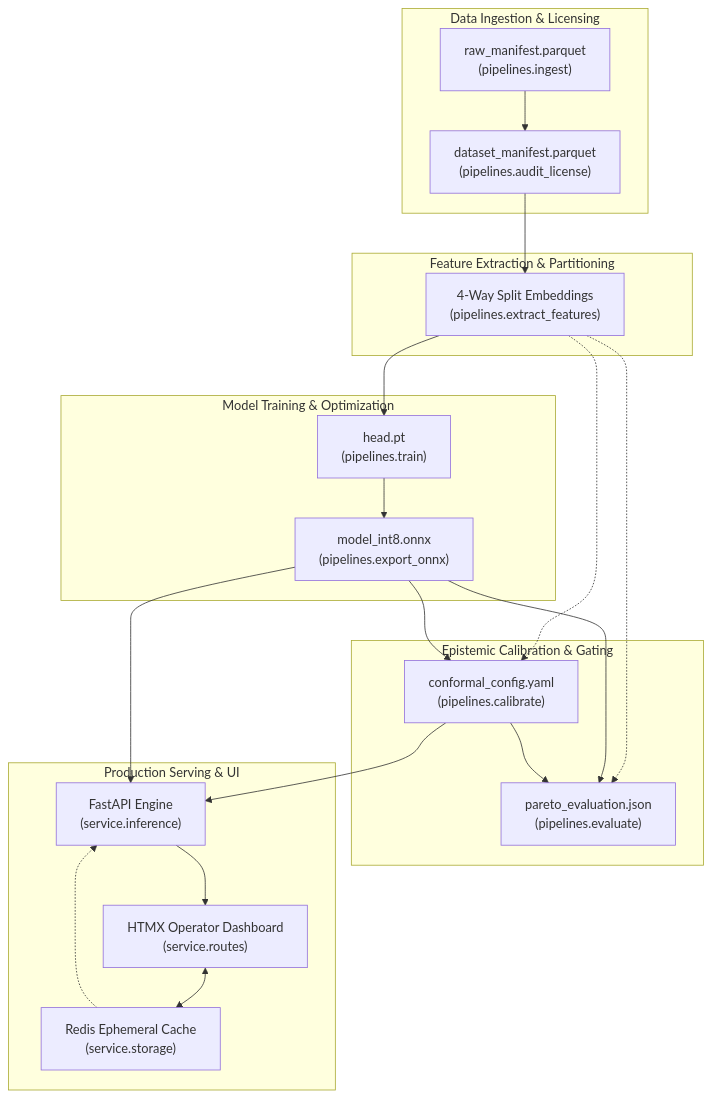
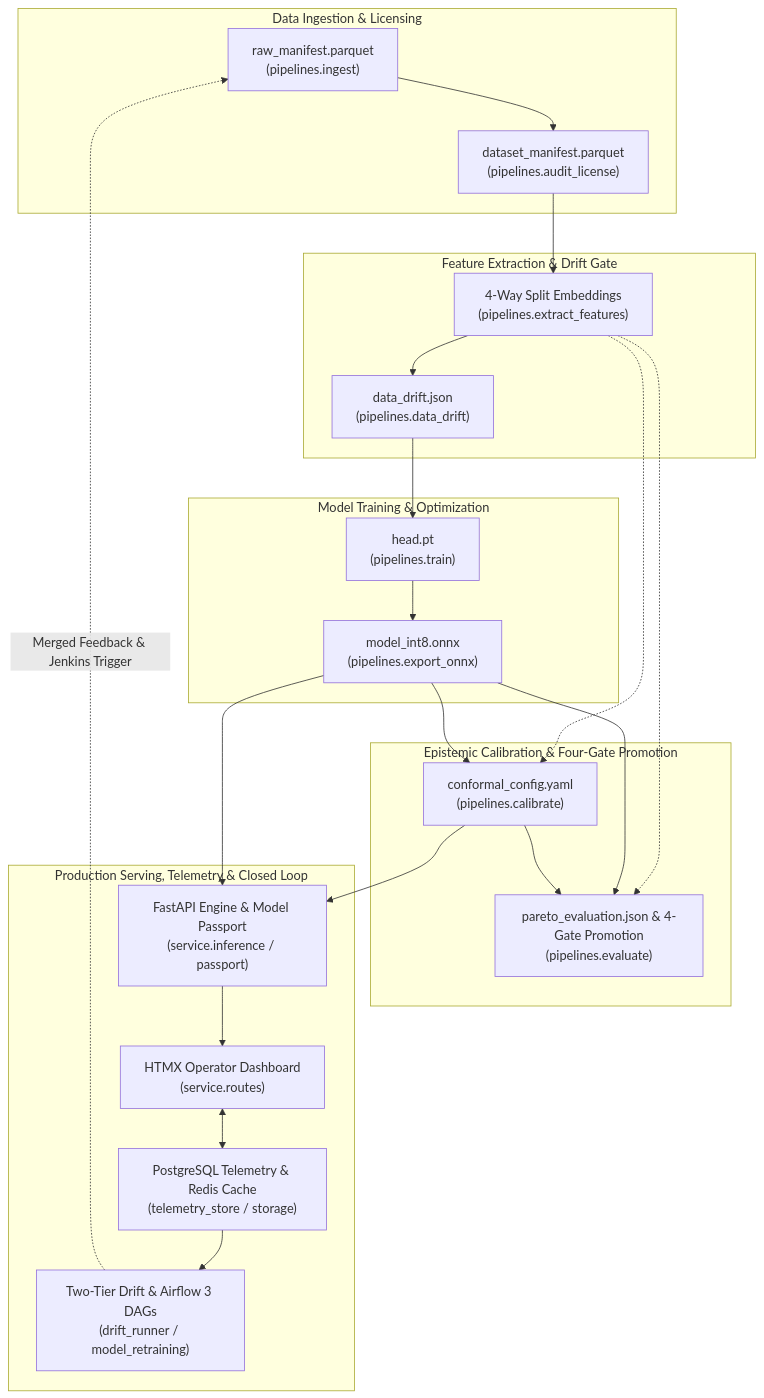
The diagram in docs/index.md (foersben/taxon-vision-mlops), drawn with Mermaid before and after one commit. The commit also changed other lines of this file and 26 other files, not shown here.

Commit message:
docs(zensical): document closed-loop MLOps, MLflow 3, drift orchestration, security, and staging

````diff
--- a/docs/index.md
+++ b/docs/index.md
@@ -56,42 +56,46 @@
 ```mermaid
 flowchart TD
     subgraph S1["Data Ingestion & Licensing"]
         A["raw_manifest.parquet<br/>(pipelines.ingest)"] --> B["dataset_manifest.parquet<br/>(pipelines.audit_license)"]
     end
 
-    subgraph S2["Feature Extraction & Partitioning"]
+    subgraph S2["Feature Extraction & Drift Gate"]
         B --> C["4-Way Split Embeddings<br/>(pipelines.extract_features)"]
+        C --> DD["data_drift.json<br/>(pipelines.data_drift)"]
     end
 
     subgraph S3["Model Training & Optimization"]
-        C --> D["head.pt<br/>(pipelines.train)"]
+        DD --> D["head.pt<br/>(pipelines.train)"]
         D --> E["model_int8.onnx<br/>(pipelines.export_onnx)"]
     end
 
-    subgraph S4["Epistemic Calibration & Gating"]
+    subgraph S4["Epistemic Calibration & Four-Gate Promotion"]
         C -.-> F["conformal_config.yaml<br/>(pipelines.calibrate)"]
         E --> F
-        C -.-> G["pareto_evaluation.json<br/>(pipelines.evaluate)"]
+        C -.-> G["pareto_evaluation.json & 4-Gate Promotion<br/>(pipelines.evaluate)"]
         E --> G
         F --> G
     end
 
-    subgraph S5["Production Serving & UI"]
-        E --> H["FastAPI Engine<br/>(service.inference)"]
+    subgraph S5["Production Serving, Telemetry & Closed Loop"]
+        E --> H["FastAPI Engine & Model Passport<br/>(service.inference / passport)"]
         F --> H
         H --> I["HTMX Operator Dashboard<br/>(service.routes)"]
-        I <--> R["Redis Ephemeral Cache<br/>(service.storage)"]
-        R -.-> H
+        I <--> R["PostgreSQL Telemetry & Redis Cache<br/>(telemetry_store / storage)"]
+        R --> J["Two-Tier Drift & Airflow 3 DAGs<br/>(drift_runner / model_retraining)"]
+        J -.->|Merged Feedback & Jenkins Trigger| A
     end
 
     click A "mlops_pipeline/ingestion_and_versioning/" "Read Ingestion Pipeline Docs"
     click B "foundations/taxonomy_and_darwincore/" "Read DarwinCore & License Docs"
     click C "mlops_pipeline/dvc_dag_explorer/" "Read Feature Extraction Docs"
+    click DD "operations/drift_detection_and_telemetry/" "Read Two-Tier Drift Detection Docs"
     click D "model_engineering/training_pipeline/" "Read Head Training Docs"
     click E "model_engineering/onnx_optimization_and_latency/" "Read ONNX Export Docs"
     click F "uncertainty_and_safety/conformal_prediction_theory/" "Read Conformal Prediction Docs"
-    click G "model_engineering/backbone_benchmarking_pareto/" "Read Pareto Evaluation Docs"
+    click G "model_engineering/model_promotion_gates/" "Read Four-Gate Promotion Docs"
     click H "operations/api_reference/" "Read FastAPI Reference"
     click I "operations/deployment_runbook/" "Read Deployment Runbook"
     click R "mlops_pipeline/storage_and_databases/" "Read Storage & Cache Docs"
+    click J "operations/airflow_orchestration/" "Read Airflow 3 Orchestration Docs"
 ```
````
